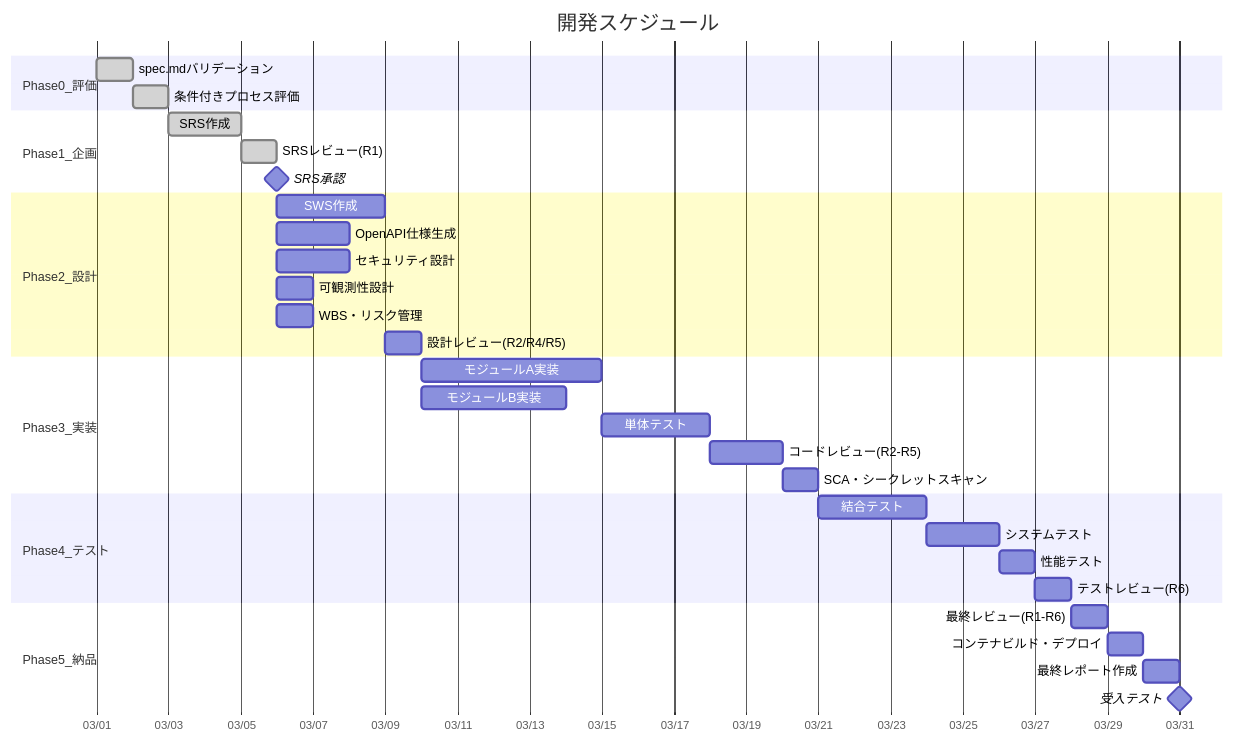
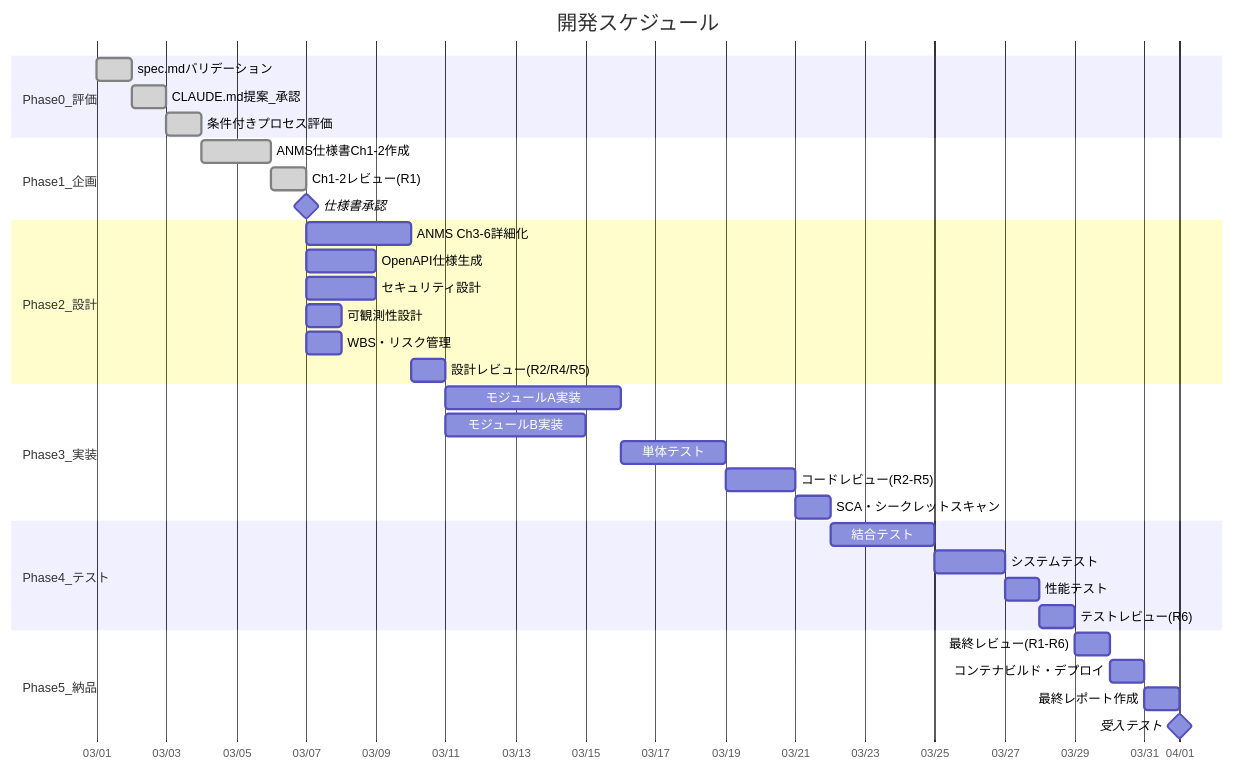
Before and after one commit to GoodRelax/claude-code-full-auto-dev: the fifth of 11 diagrams in claude-code-full-auto-dev-manual.md, drawn with Mermaid. The commit also changed other lines of this file and 29 other files, not shown here.

````diff
--- a/claude-code-full-auto-dev-manual.md
+++ b/claude-code-full-auto-dev-manual.md
@@ -1592,42 +1599,43 @@
 ```mermaid
 gantt
     title 開発スケジュール
     dateFormat  YYYY-MM-DD
     axisFormat  %m/%d
 
     section Phase0_評価
     spec.mdバリデーション          : done, p0a, 2026-03-01, 1d
-    条件付きプロセス評価           : done, p0b, after p0a, 1d
+    CLAUDE.md提案_承認             : done, p0a2, after p0a, 1d
+    条件付きプロセス評価           : done, p0b, after p0a2, 1d
 
     section Phase1_企画
-    SRS作成                       : done, p1b, after p0b, 2d
-    SRSレビュー(R1)               : done, p1c, after p1b, 1d
-    SRS承認                       : milestone, p1d, after p1c, 0d
+    ANMS仕様書Ch1-2作成            : done, p1b, after p0b, 2d
+    Ch1-2レビュー(R1)              : done, p1c, after p1b, 1d
+    仕様書承認                    : milestone, p1d, after p1c, 0d
 
     section Phase2_設計
-    SWS作成                       : p2a, after p1d, 3d
+    ANMS Ch3-6詳細化               : p2a, after p1d, 3d
     OpenAPI仕様生成               : p2e, after p1d, 2d
     セキュリティ設計               : p2b, after p1d, 2d
     可観測性設計                   : p2f, after p1d, 1d
     WBS・リスク管理               : p2c, after p1d, 1d
     設計レビュー(R2/R4/R5)        : p2d, after p2a, 1d
 
     section Phase3_実装
     モジュールA実装               : p3a, after p2d, 5d
     モジュールB実装               : p3b, after p2d, 4d
     単体テスト                    : p3c, after p3a, 3d
     コードレビュー(R2-R5)        : p3d, after p3c, 2d
     SCA・シークレットスキャン      : p3e, after p3d, 1d
 
     section Phase4_テスト
     結合テスト                    : p4a, after p3e, 3d
     システムテスト                 : p4b, after p4a, 2d
     性能テスト                    : p4g, after p4b, 1d
     テストレビュー(R6)             : p4c, after p4g, 1d
 
     section Phase5_納品
     最終レビュー(R1-R6)            : p5a, after p4c, 1d
     コンテナビルド・デプロイ        : p5b, after p5a, 1d
     最終レポート作成               : p5c, after p5b, 1d
     受入テスト                    : milestone, p5d, after p5c, 0d
 ```
````
